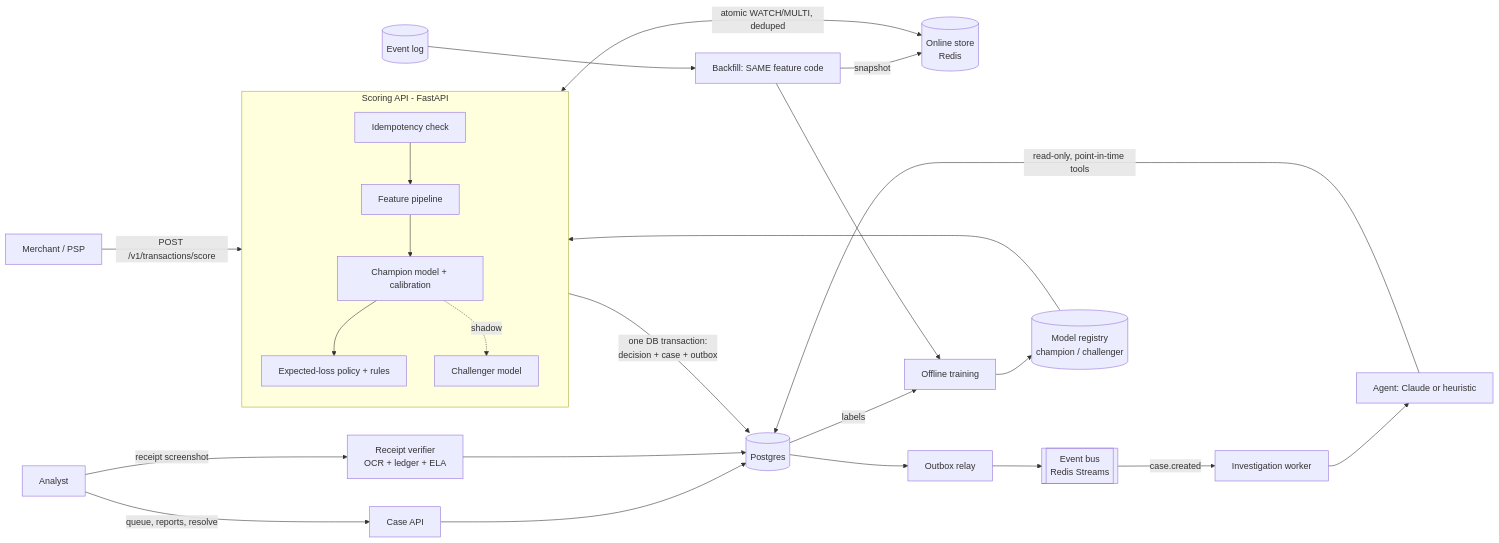
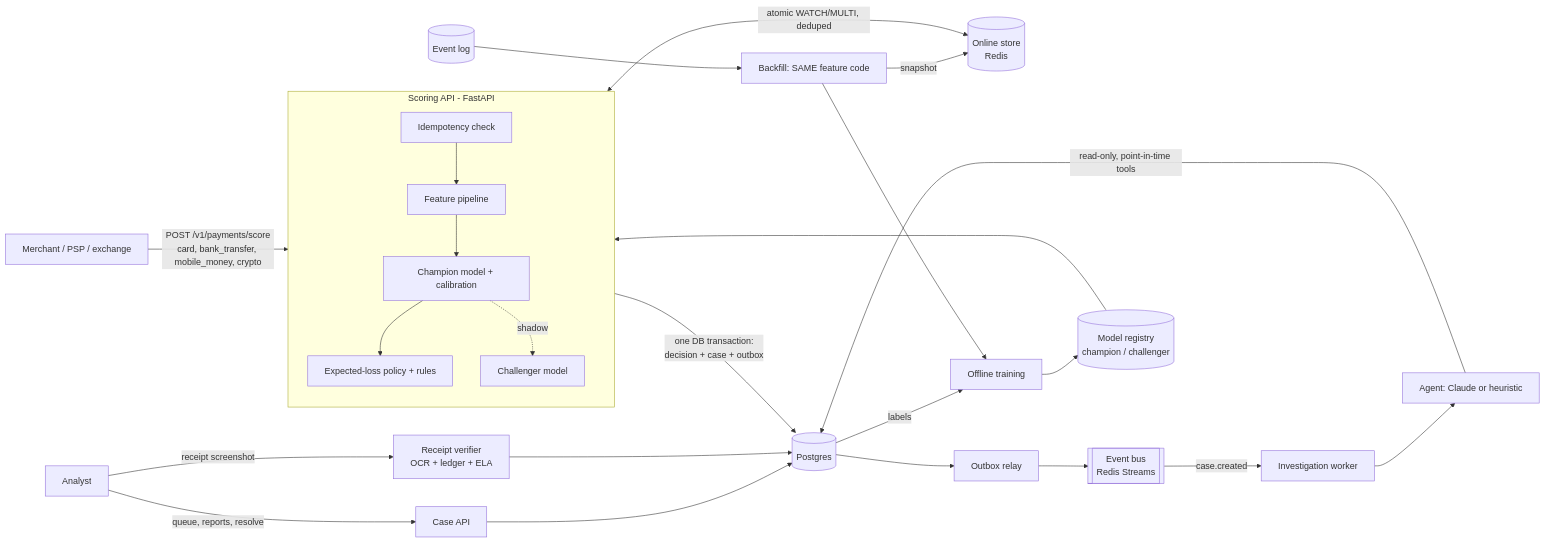
Before and after one commit to lourish789/payment_fraud_platform: the diagram in README.md, drawn with Mermaid. The commit also changed other lines of this file and 30 other files, not shown here.

````diff
--- a/README.md
+++ b/README.md
@@ -50,21 +78,21 @@
 ```mermaid
 flowchart LR
-    M[Merchant / PSP] -->|POST /v1/transactions/score| API
+    M[Merchant / PSP / exchange] -->|POST /v1/payments/score<br/>card, bank_transfer, mobile_money, crypto| API
     subgraph API[Scoring API - FastAPI]
         direction TB
         IDEM[Idempotency check] --> FS[Feature pipeline]
         FS --> MOD[Champion model + calibration]
         MOD --> POL[Expected-loss policy + rules]
         MOD -.shadow.-> CH[Challenger model]
     end
     FS <-->|atomic WATCH/MULTI, deduped| REDIS[(Online store<br/>Redis)]
     POL -->|one DB transaction:<br/>decision + case + outbox| PG[(Postgres)]
     PG --> RELAY[Outbox relay] --> BUS[[Event bus<br/>Redis Streams]]
     BUS -->|case.created| WK[Investigation worker]
     WK --> AG[Agent: Claude or heuristic] -->|read-only, point-in-time tools| PG
     A[Analyst] -->|queue, reports, resolve| API2[Case API] --> PG
     A -->|receipt screenshot| CV[Receipt verifier<br/>OCR + ledger + ELA] --> PG
     PG -->|labels| TRAIN[Offline training]
     LOG[(Event log)] --> BF[Backfill: SAME feature code] --> TRAIN --> REG[(Model registry<br/>champion / challenger)] --> MOD
     BF -->|snapshot| REDIS
 ```
````
